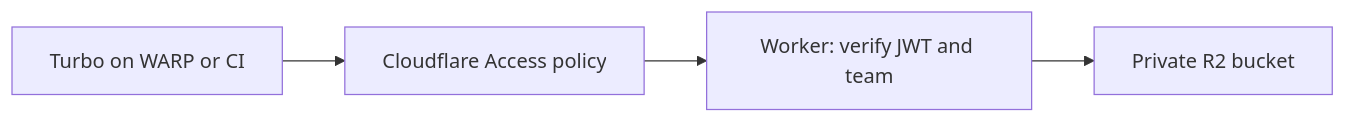
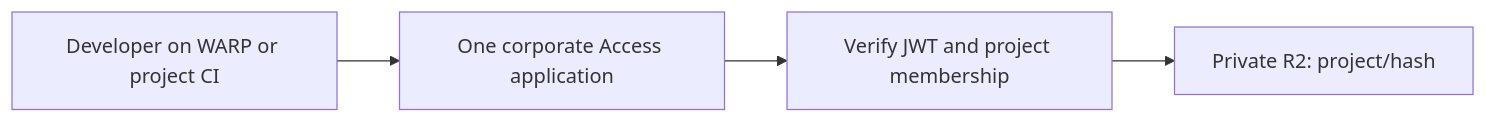
One commit to tractorbeamai/cloudflare-vercel-remote-cache changed the diagram in README.md. Above: the diagram before and after it, drawn with Mermaid. The commit also changed other lines of this file and 15 other files, not shown here.

Commit message:
feat(cache): use corporate Access project claims and Wrangler setup

````diff
--- a/README.md
+++ b/README.md
@@ -8,6 +6,6 @@
 ```mermaid
 flowchart LR
-  Client[Turbo on WARP or CI] --> Access[Cloudflare Access policy]
-  Access --> Worker[Worker: verify JWT and team]
-  Worker --> R2[Private R2 bucket]
+  Client[Developer on WARP or project CI] --> Access[One corporate Access application]
+  Access --> Worker[Verify JWT and project membership]
+  Worker --> R2[Private R2: project/hash]
 ```
````
